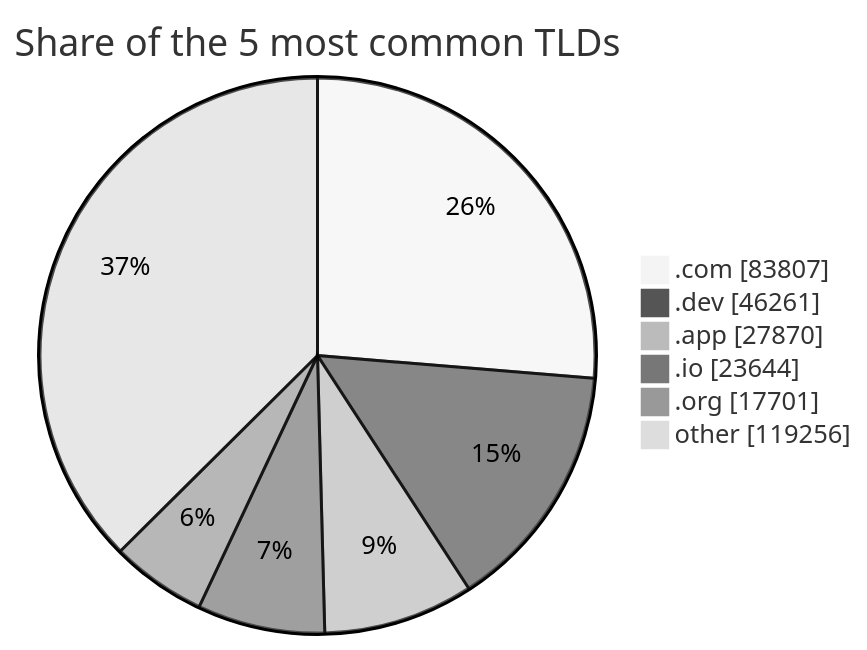
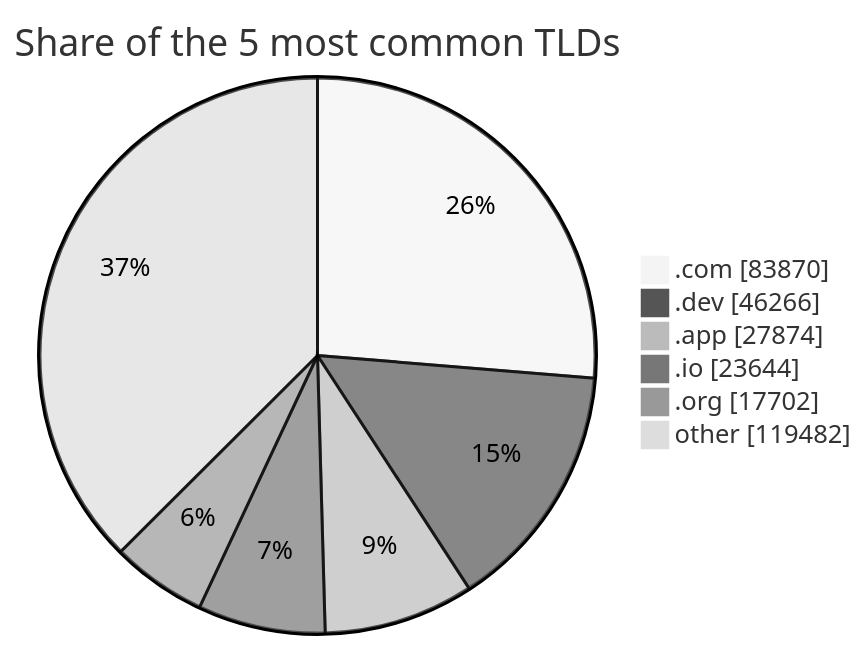
Before and after one commit to DNSBunker/CTI: the third of 3 diagrams in README.md, drawn with Mermaid (neutral theme). The commit also changed other lines of this file and 3 other files, not shown here.

````diff
--- a/README.md
+++ b/README.md
@@ -81,9 +81,9 @@
 ```mermaid
 pie showData title Share of the 5 most common TLDs
-    ".com" : 83807
-    ".dev" : 46261
-    ".app" : 27870
+    ".com" : 83870
+    ".dev" : 46266
+    ".app" : 27874
     ".io" : 23644
-    ".org" : 17701
-    "other" : 119256
+    ".org" : 17702
+    "other" : 119482
 ```
````
